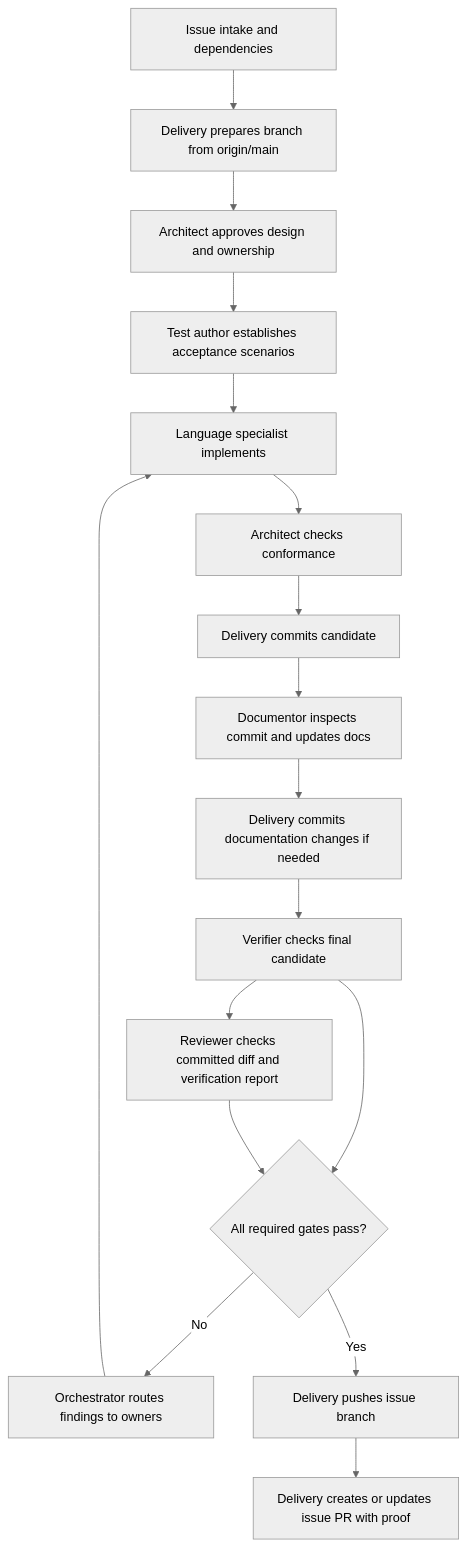
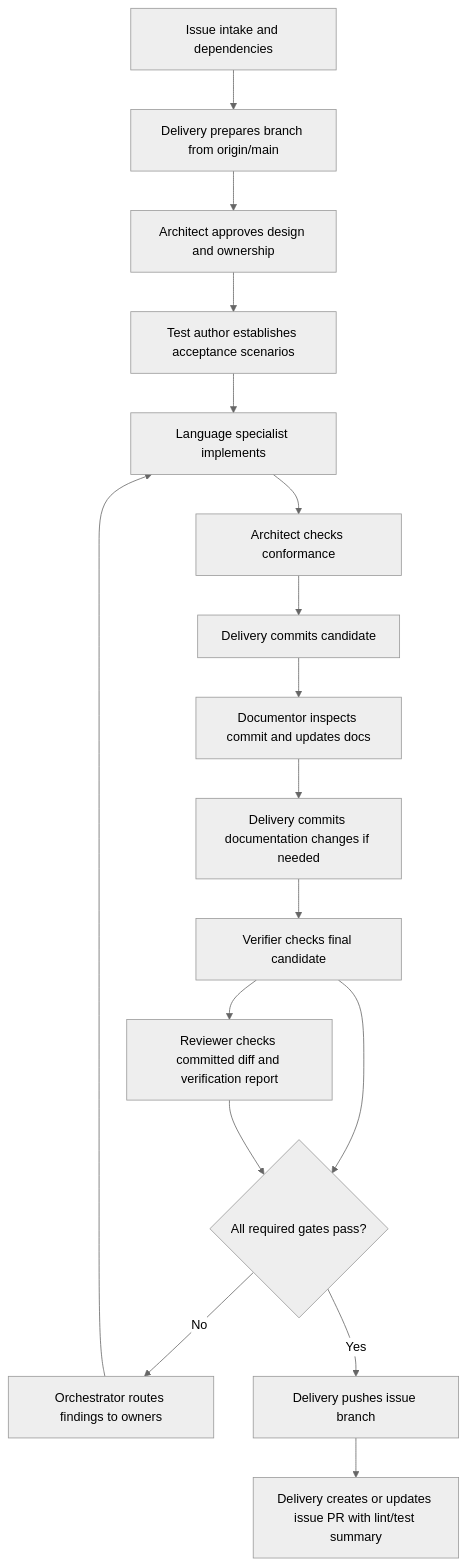
Before and after one commit to nthompson-bitwarden/carfree-optimizer: the diagram in docs/AGENT-WORKFLOW.md, drawn with Mermaid (neutral theme). The commit also changed other lines of this file and 6 other files, not shown here.

````diff
--- a/docs/AGENT-WORKFLOW.md
+++ b/docs/AGENT-WORKFLOW.md
@@ -52,19 +52,19 @@
 ```mermaid
 flowchart TD
     A[Issue intake and dependencies] --> B[Delivery prepares branch from origin/main]
     B --> C[Architect approves design and ownership]
     C --> D[Test author establishes acceptance scenarios]
     D --> E[Language specialist implements]
     E --> F[Architect checks conformance]
     F --> G[Delivery commits candidate]
     G --> H[Documentor inspects commit and updates docs]
     H --> I[Delivery commits documentation changes if needed]
     I --> J[Verifier checks final candidate]
     J --> K[Reviewer checks committed diff and verification report]
     J --> L{All required gates pass?}
     K --> L
     L -->|No| M[Orchestrator routes findings to owners]
     M --> E
     L -->|Yes| N[Delivery pushes issue branch]
-    N --> O[Delivery creates or updates issue PR with proof]
+    N --> O[Delivery creates or updates issue PR with lint/test summary]
 ```
````
